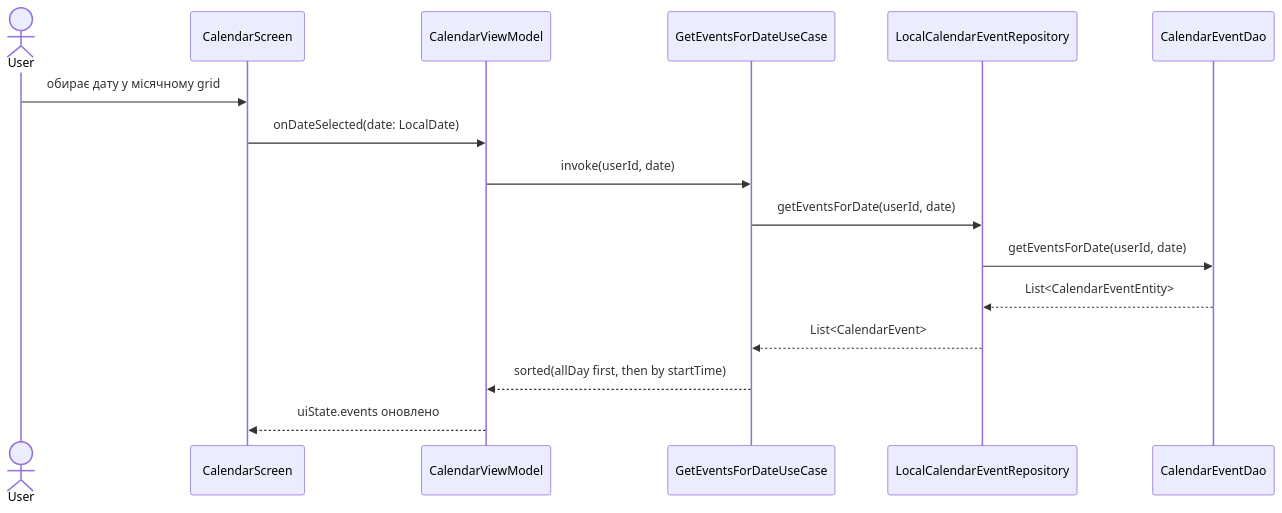
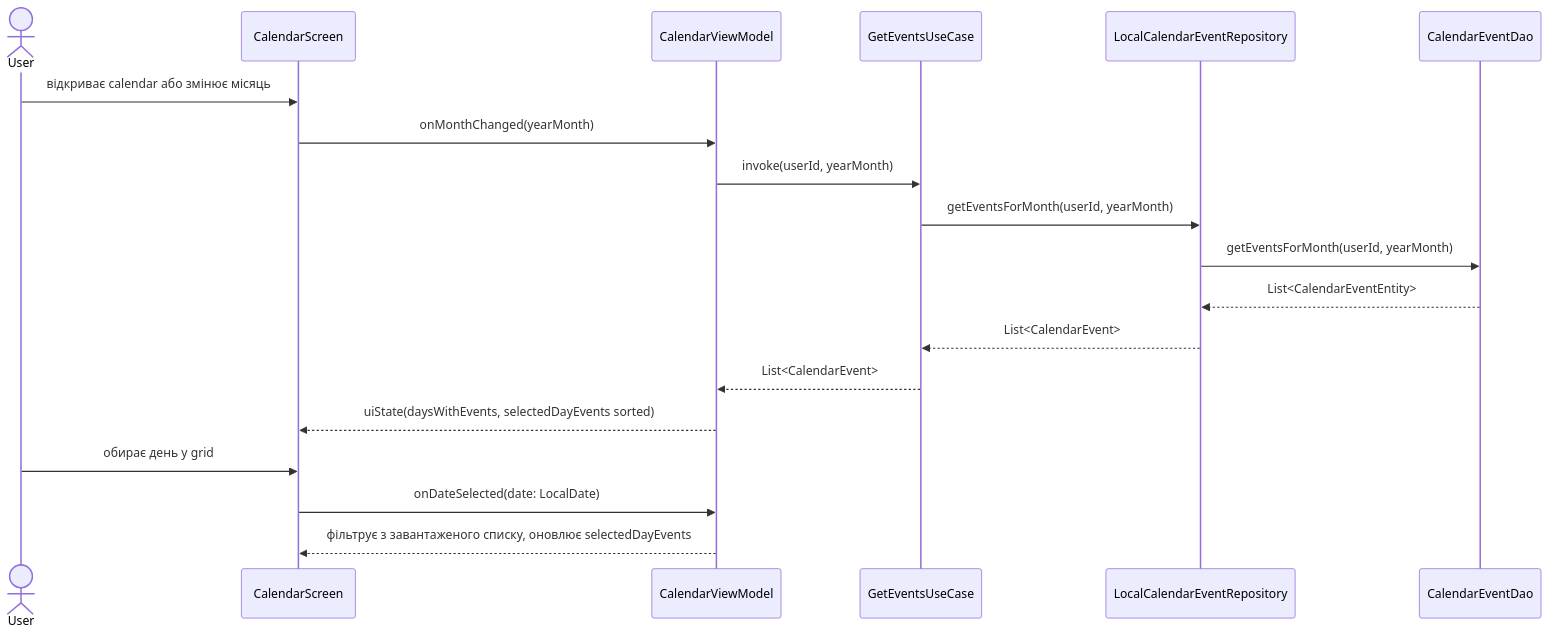
Before and after one commit to Dgeronivo/Homly: the third of 6 diagrams in docs/features/calendar/sad.md, drawn with Mermaid. The commit also changed other lines of this file and 1 other file, not shown here.

Commit message:
feat(calendar): sad §5+§6 — consolidate GetEventsForMonth+ForDate into single GetEventsUseCase; ViewModel filters by selected day

````diff
--- a/docs/features/calendar/sad.md
+++ b/docs/features/calendar/sad.md
@@ -170,19 +169,22 @@
 ```mermaid
 sequenceDiagram
     actor User
     participant CalendarScreen
     participant CalendarViewModel
-    participant GetEventsForDateUseCase
+    participant GetEventsUseCase
     participant LocalCalendarEventRepository
     participant CalendarEventDao
 
-    User->>CalendarScreen: обирає дату у місячному grid
+    User->>CalendarScreen: відкриває calendar або змінює місяць
+    CalendarScreen->>CalendarViewModel: onMonthChanged(yearMonth)
+    CalendarViewModel->>GetEventsUseCase: invoke(userId, yearMonth)
+    GetEventsUseCase->>LocalCalendarEventRepository: getEventsForMonth(userId, yearMonth)
+    LocalCalendarEventRepository->>CalendarEventDao: getEventsForMonth(userId, yearMonth)
+    CalendarEventDao-->>LocalCalendarEventRepository: List<CalendarEventEntity>
+    LocalCalendarEventRepository-->>GetEventsUseCase: List<CalendarEvent>
+    GetEventsUseCase-->>CalendarViewModel: List<CalendarEvent>
+    CalendarViewModel-->>CalendarScreen: uiState(daysWithEvents, selectedDayEvents sorted)
+    User->>CalendarScreen: обирає день у grid
     CalendarScreen->>CalendarViewModel: onDateSelected(date: LocalDate)
-    CalendarViewModel->>GetEventsForDateUseCase: invoke(userId, date)
-    GetEventsForDateUseCase->>LocalCalendarEventRepository: getEventsForDate(userId, date)
-    LocalCalendarEventRepository->>CalendarEventDao: getEventsForDate(userId, date)
-    CalendarEventDao-->>LocalCalendarEventRepository: List<CalendarEventEntity>
-    LocalCalendarEventRepository-->>GetEventsForDateUseCase: List<CalendarEvent>
-    GetEventsForDateUseCase-->>CalendarViewModel: sorted(allDay first, then by startTime)
-    CalendarViewModel-->>CalendarScreen: uiState.events оновлено
+    CalendarViewModel-->>CalendarScreen: фільтрує з завантаженого списку, оновлює selectedDayEvents
 ```
````
